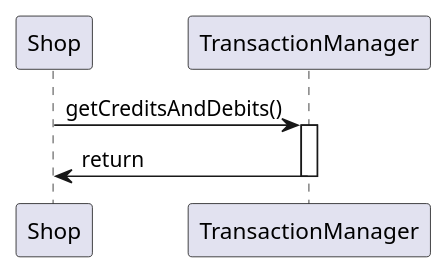
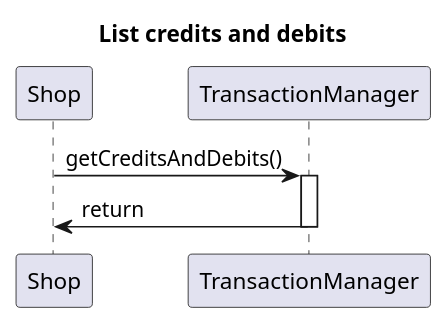
Diagram 14 of 14 in Deliverables/DesignDocument.md (nicolabattaglino/ezshop), drawn with PlantUML before and after one commit. The commit also changed other lines of this file, not shown here.

````diff
--- a/Deliverables/DesignDocument.md
+++ b/Deliverables/DesignDocument.md
@@ -633,8 +747,9 @@
 ```plantuml
 @startuml
+title List credits and debits
 Shop -> TransactionManager: getCreditsAndDebits()
 activate TransactionManager
 TransactionManager  -> Shop: return
 deactivate TransactionManager 
 @enduml
 ```
````
